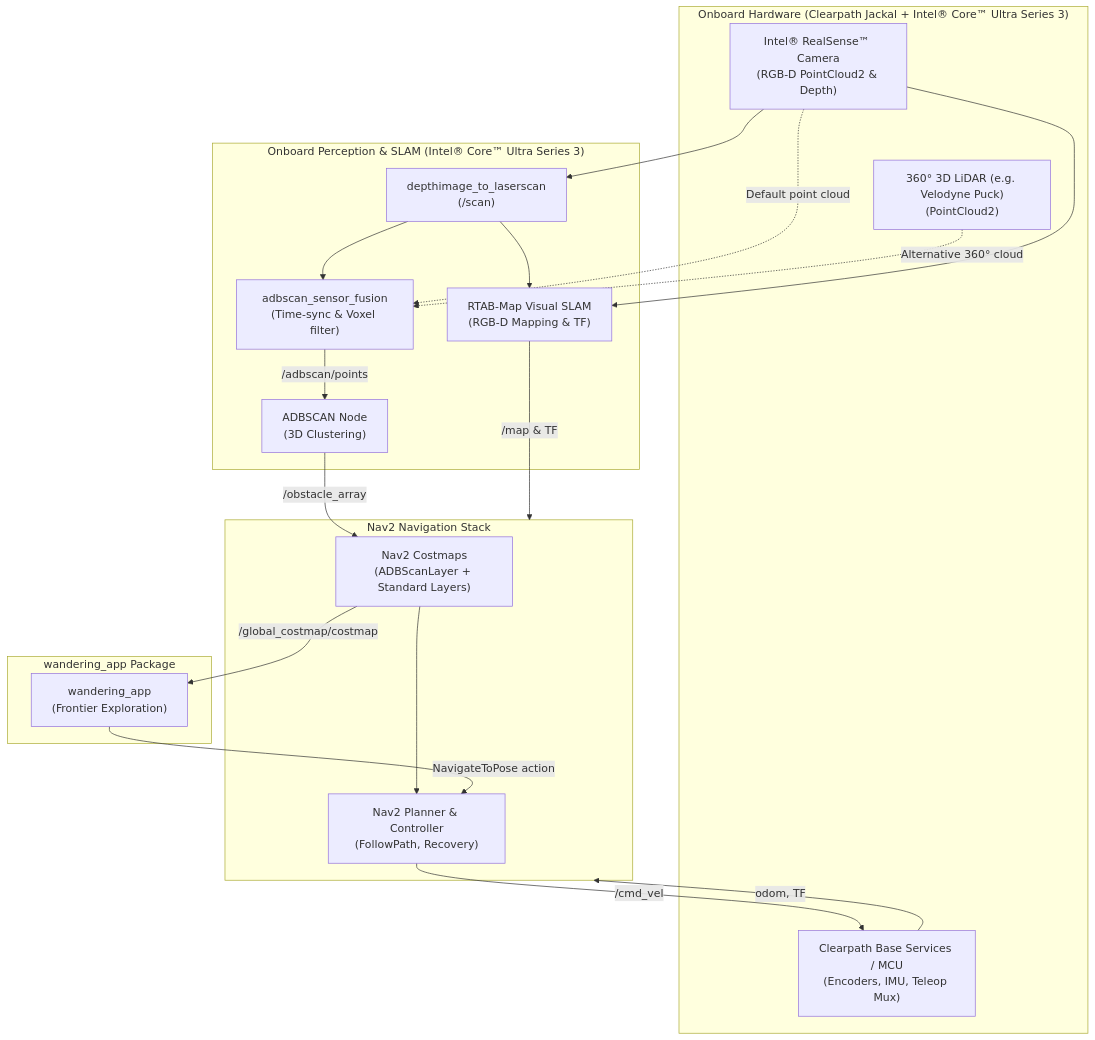
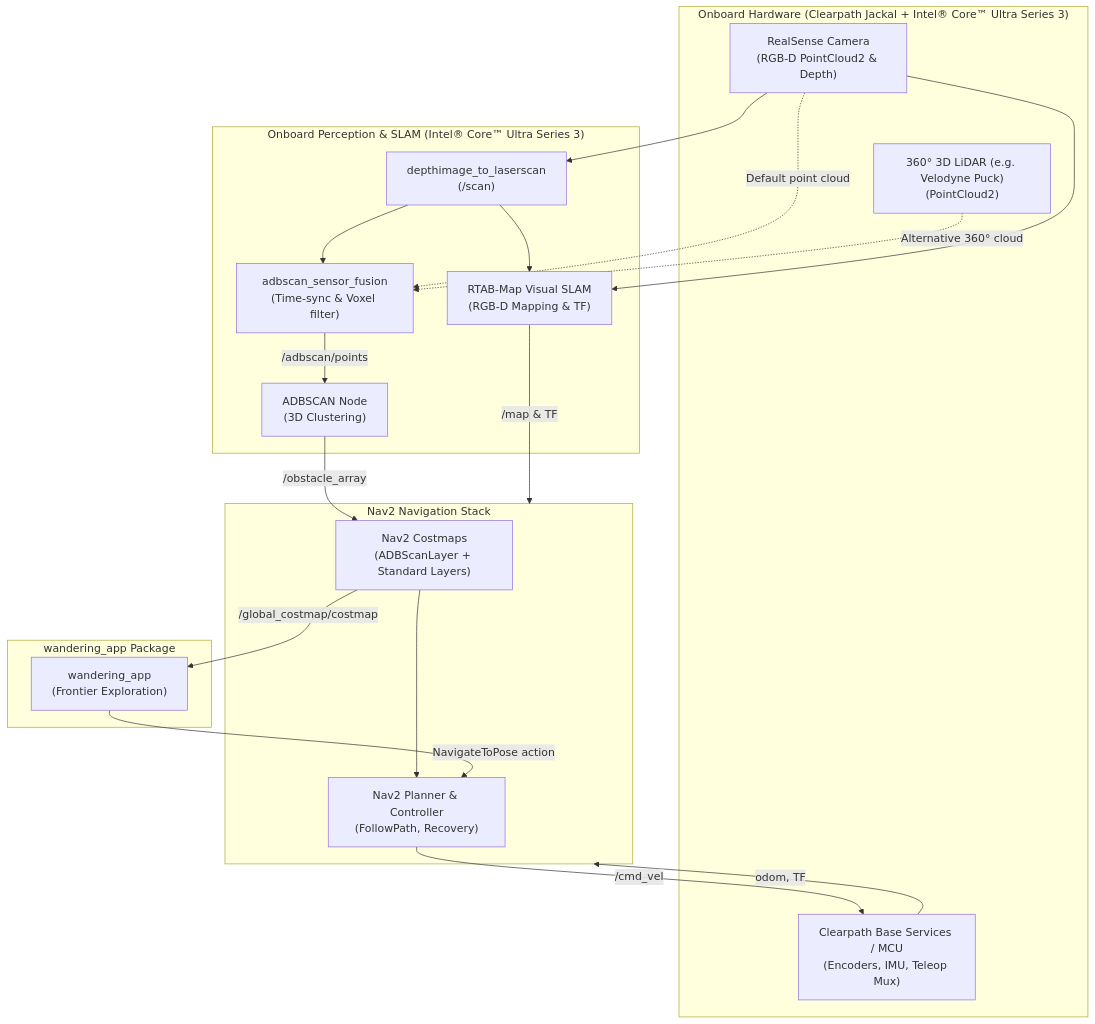
One commit to open-edge-platform/robotics-ai-suite-staging changed the diagram in docs/user-guide/software_references/amr/deployment/wandering_deploy.md. Above: the diagram before and after it, drawn with Mermaid. The commit also changed other lines of this file and 30 other files, not shown here.

````diff
--- a/docs/user-guide/software_references/amr/deployment/wandering_deploy.md
+++ b/docs/user-guide/software_references/amr/deployment/wandering_deploy.md
@@ -11,39 +11,39 @@
 ```{mermaid}
 flowchart TD
     subgraph Hardware["Onboard Hardware (Clearpath Jackal + Intel® Core™ Ultra Series 3)"]
-        RS["Intel® RealSense™ Camera\n(RGB-D PointCloud2 & Depth)"]
+        RS["RealSense Camera\n(RGB-D PointCloud2 & Depth)"]
         LiDAR3D["360° 3D LiDAR (e.g. Velodyne Puck)\n(PointCloud2)"]
         BaseServices["Clearpath Base Services / MCU\n(Encoders, IMU, Teleop Mux)"]
     end
 
     subgraph Perception["Onboard Perception & SLAM (Intel® Core™ Ultra Series 3)"]
         D2L["depthimage_to_laserscan\n(/scan)"]
         Fusion["adbscan_sensor_fusion\n(Time-sync & Voxel filter)"]
         ADBSCAN["ADBSCAN Node\n(3D Clustering)"]
         RTAB["RTAB-Map Visual SLAM\n(RGB-D Mapping & TF)"]
     end
 
     subgraph Navigation["Nav2 Navigation Stack"]
         Costmap["Nav2 Costmaps\n(ADBScanLayer + Standard Layers)"]
         NavServer["Nav2 Planner & Controller\n(FollowPath, Recovery)"]
     end
 
     subgraph Application["wandering_app Package"]
         WanderApp["wandering_app\n(Frontier Exploration)"]
     end
 
     RS --> D2L
     RS -.->|"Default point cloud"| Fusion
     LiDAR3D -.->|"Alternative 360° cloud"| Fusion
     D2L --> Fusion
     RS --> RTAB
     D2L --> RTAB
     Fusion -->|"/adbscan/points"| ADBSCAN
     ADBSCAN -->|"/obstacle_array"| Costmap
     RTAB -->|"/map & TF"| Navigation
     BaseServices -->|"odom, TF"| Navigation
     Costmap --> NavServer
     Costmap -->|"/global_costmap/costmap"| WanderApp
     WanderApp -->|"NavigateToPose action"| NavServer
     NavServer -->|"/cmd_vel"| BaseServices
 ```
````
